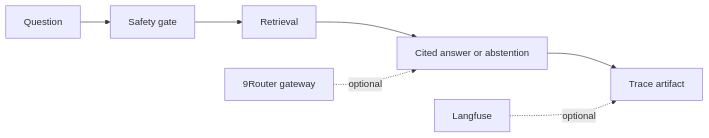
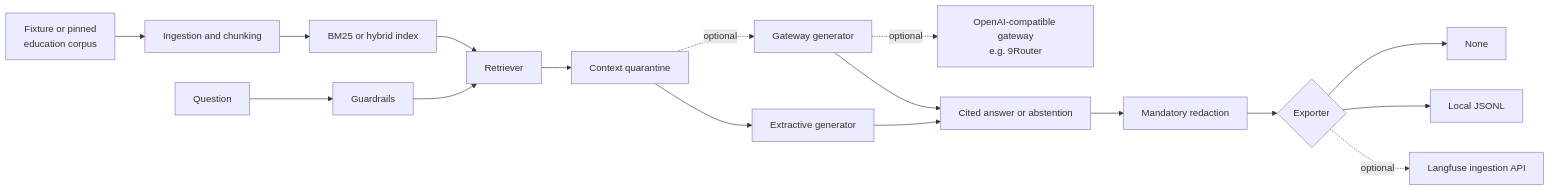
One commit to LucasRangelSSouza/ai-platform-rag-observability changed the diagram in README.md. Above: the diagram before and after it, drawn with Mermaid. The commit also changed other lines of this file and 7 other files, not shown here.

````diff
--- a/README.md
+++ b/README.md
@@ -7,9 +9,19 @@
 ```mermaid
 flowchart LR
-    Q[Question] --> S[Safety gate]
-    S --> R[Retrieval]
-    R --> A[Cited answer or abstention]
-    A --> T[Trace artifact]
-    G[9Router gateway] -. optional .-> A
-    L[Langfuse] -. optional .-> T
+    D[Fixture or pinned<br/>education corpus] --> I[Ingestion and chunking]
+    I --> V[BM25 or hybrid index]
+    U[Question] --> G[Guardrails]
+    G --> R[Retriever]
+    V --> R
+    R --> Q[Context quarantine]
+    Q --> X[Extractive generator]
+    Q -. optional .-> GW[Gateway generator]
+    GW -. optional .-> OR[OpenAI-compatible gateway<br/>e.g. 9Router]
+    X --> A[Cited answer or abstention]
+    GW --> A
+    A --> RED[Mandatory redaction]
+    RED --> E{Exporter}
+    E --> N[None]
+    E --> J[Local JSONL]
+    E -. optional .-> LF[Langfuse ingestion API]
 ```
````
